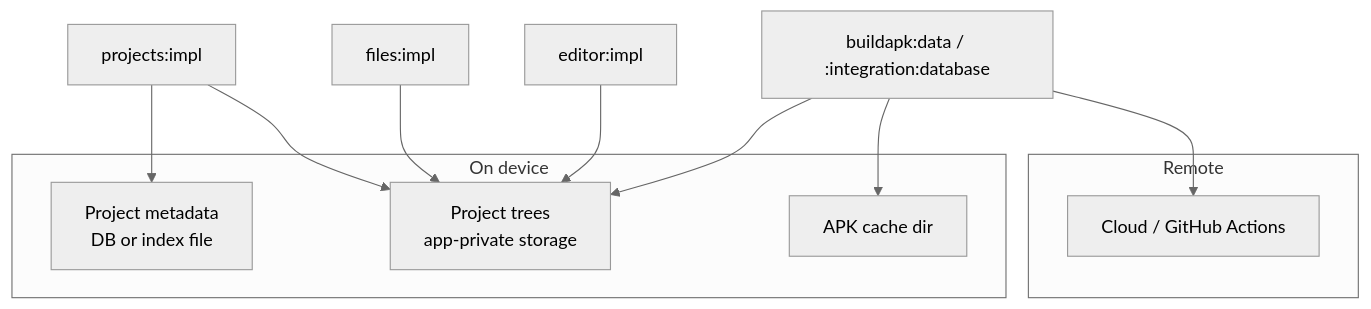
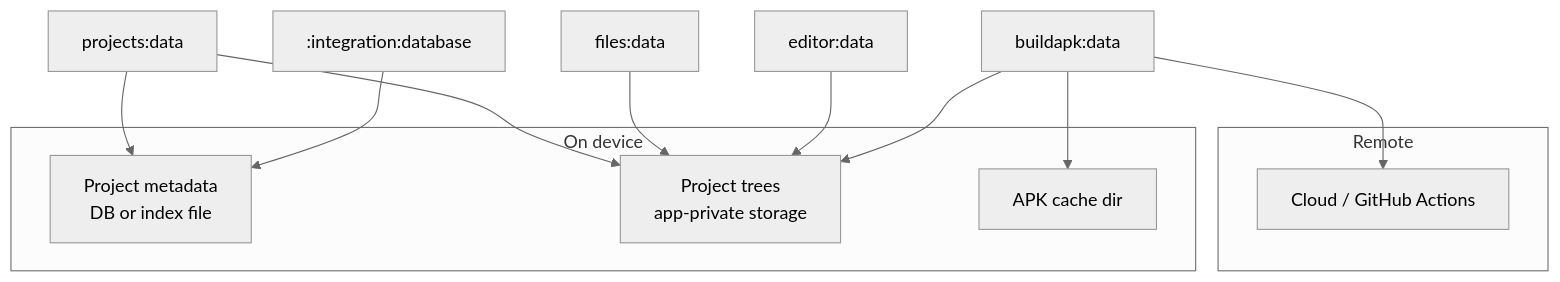
One commit to Al-Qassim/Android-Studio-Lite changed the fifth of 5 diagrams in project/architecture.md. Above: the diagram before and after it, drawn with Mermaid (neutral theme). The commit also changed other lines of this file, not shown here.

First line of the commit message:
Align architecture.md with five-way features and integration di/nav.

````diff
--- a/project/architecture.md
+++ b/project/architecture.md
@@ -604,20 +621,21 @@
 ```mermaid
 flowchart TB
   subgraph device [On device]
     meta[Project metadata<br/>DB or index file]
     fs[Project trees<br/>app-private storage]
     apkCache[APK cache dir]
   end
 
   subgraph remote [Remote]
     ci[Cloud / GitHub Actions]
   end
 
-  P[projects:impl] --> meta
+  P[projects:data] --> meta
   P --> fs
-  F[files:impl] --> fs
-  E[editor:impl] --> fs
-  B[buildapk:data / :integration:database] --> fs
+  F[files:data] --> fs
+  E[editor:data] --> fs
+  B[buildapk:data] --> fs
   B --> apkCache
   B --> ci
+  DB[":integration:database"] --> meta
 ```
````
